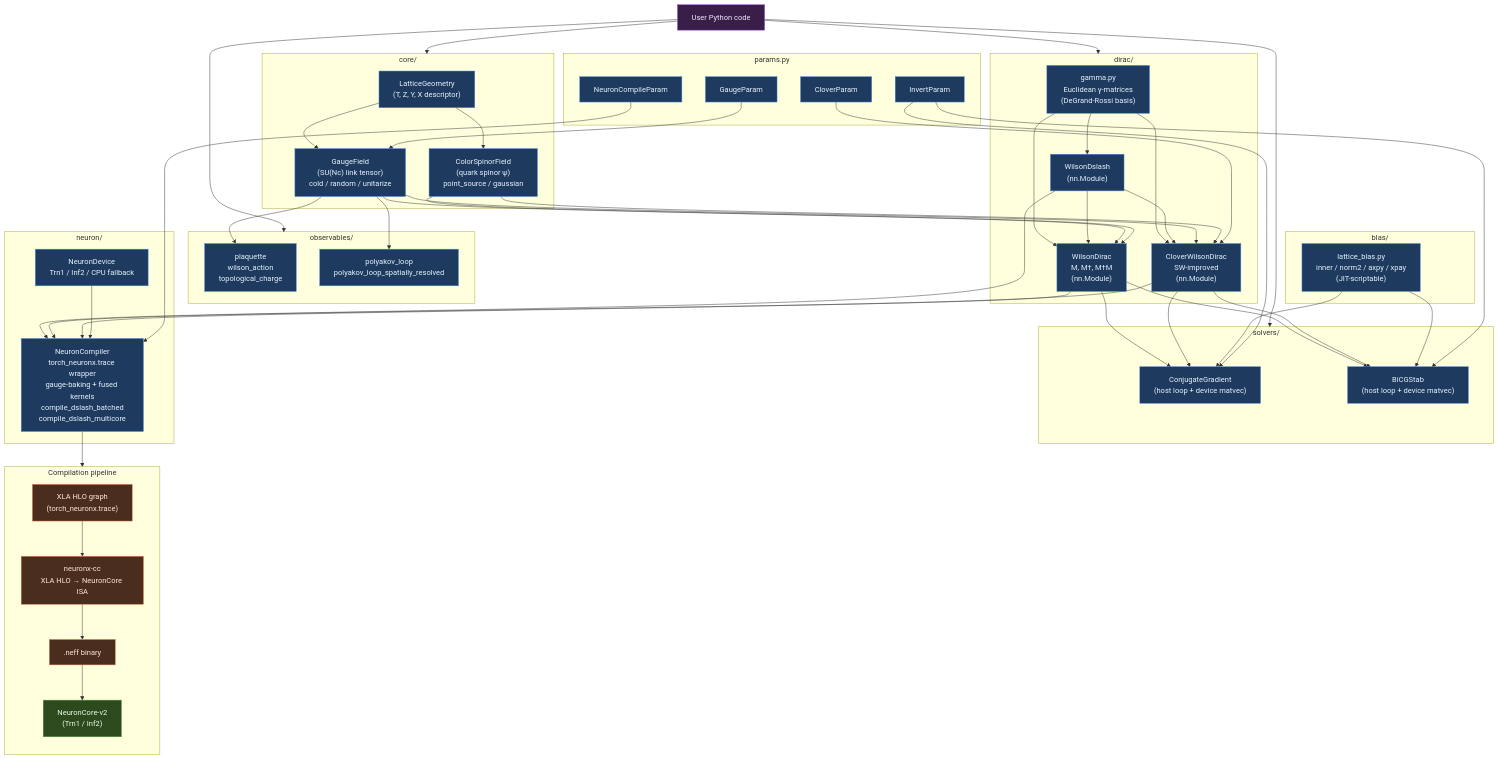
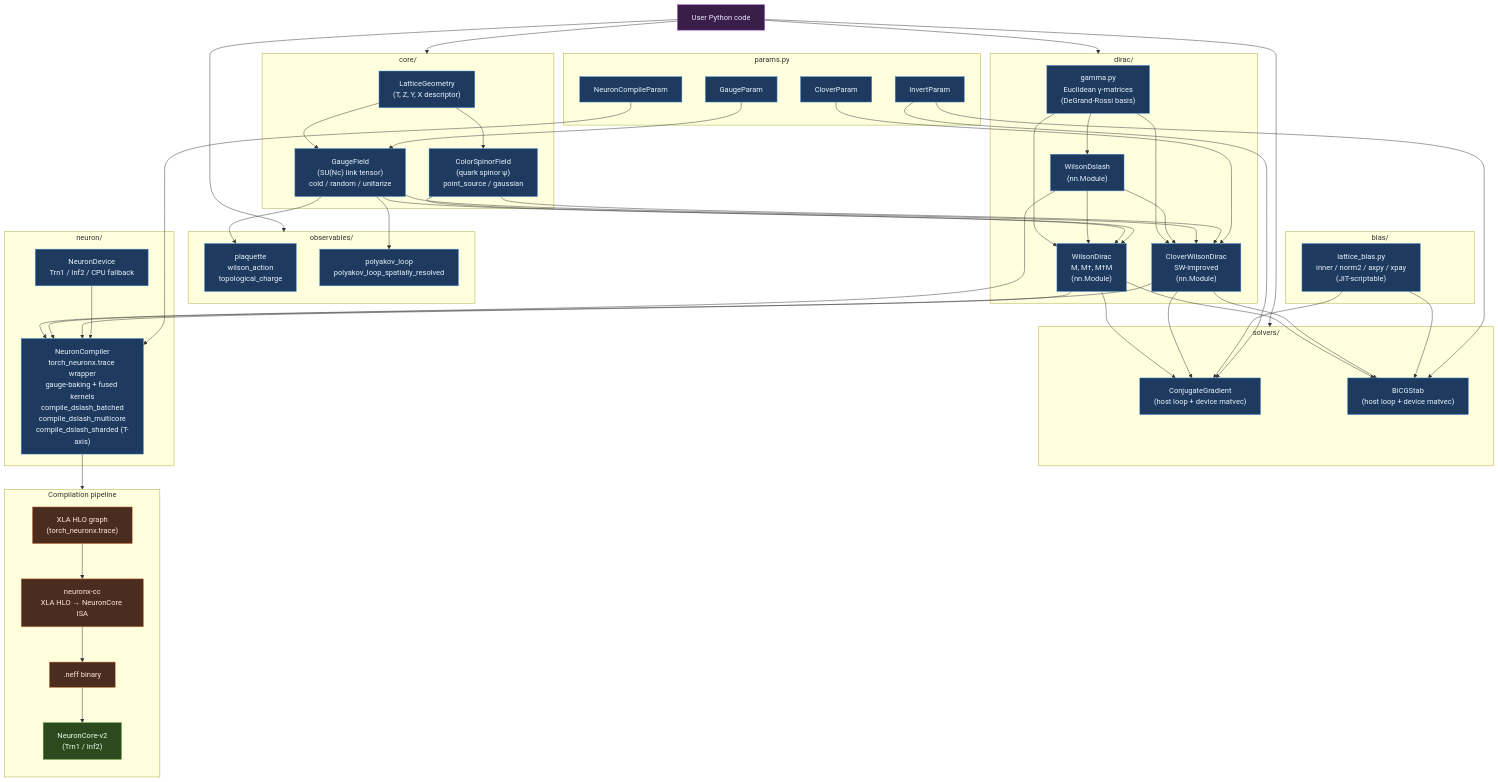
Before and after one commit to JGalego/lqcd-neuron: the diagram in docs/architecture.mmd, drawn with Mermaid. The commit also changed 5 other files, not shown here.

```diff
--- a/docs/architecture.mmd
+++ b/docs/architecture.mmd
@@ -1,119 +1,119 @@
 graph TD
     %% ── User entry-points ──────────────────────────────────────────────────
     USER["User Python code"]
 
     %% ── params ─────────────────────────────────────────────────────────────
     subgraph PARAMS["params.py"]
         GP["GaugeParam"]
         IP["InvertParam"]
         CP["CloverParam"]
         NCP["NeuronCompileParam"]
     end
 
     %% ── core ───────────────────────────────────────────────────────────────
     subgraph CORE["core/"]
         LG["LatticeGeometry\n(T, Z, Y, X descriptor)"]
         GF["GaugeField\n(SU(Nc) link tensor)\ncold / random / unitarize"]
         CSF["ColorSpinorField\n(quark spinor ψ)\npoint_source / gaussian"]
     end
 
     %% ── dirac ──────────────────────────────────────────────────────────────
     subgraph DIRAC["dirac/"]
         GM["gamma.py\nEuclidean γ-matrices\n(DeGrand-Rossi basis)"]
         WD["WilsonDslash\n(nn.Module)"]
         WDirac["WilsonDirac\nM, M†, M†M\n(nn.Module)"]
         CWD["CloverWilsonDirac\nSW-improved\n(nn.Module)"]
     end
 
     %% ── blas ───────────────────────────────────────────────────────────────
     subgraph BLAS["blas/"]
         LB["lattice_blas.py\ninner / norm2 / axpy / xpay\n(JIT-scriptable)"]
     end
 
     %% ── solvers ─────────────────────────────────────────────────────────────
     subgraph SOLVERS["solvers/"]
         CG["ConjugateGradient\n(host loop + device matvec)"]
         BICG["BiCGStab\n(host loop + device matvec)"]
     end
 
     %% ── observables ─────────────────────────────────────────────────────────
     subgraph OBS["observables/"]
         PL["plaquette\nwilson_action\ntopological_charge"]
         POL["polyakov_loop\npolyakov_loop_spatially_resolved"]
     end
 
     %% ── neuron ───────────────────────────────────────────────────────────────
     subgraph NEURON["neuron/"]
         ND["NeuronDevice\nTrn1 / Inf2 / CPU fallback"]
-        NC["NeuronCompiler\ntorch_neuronx.trace wrapper\ngauge-baking + fused kernels\ncompile_dslash_batched\ncompile_dslash_multicore"]
+        NC["NeuronCompiler\ntorch_neuronx.trace wrapper\ngauge-baking + fused kernels\ncompile_dslash_batched\ncompile_dslash_multicore\ncompile_dslash_sharded (T-axis)"]
     end
 
     %% ── compilation pipeline ─────────────────────────────────────────────────
     subgraph PIPELINE["Compilation pipeline"]
         direction TB
         XLA["XLA HLO graph\n(torch_neuronx.trace)"]
         CC["neuronx-cc\nXLA HLO → NeuronCore ISA"]
         NEFF[".neff binary"]
         HW["NeuronCore-v2\n(Trn1 / Inf2)"]
     end
 
     %% ── edges: user → modules ────────────────────────────────────────────────
     USER --> CORE
     USER --> DIRAC
     USER --> SOLVERS
     USER --> OBS
 
     %% ── core inter-dependencies ──────────────────────────────────────────────
     LG --> GF
     LG --> CSF
 
     %% ── dirac dependencies ───────────────────────────────────────────────────
     GM --> WD
     GM --> WDirac
     GM --> CWD
     WD --> WDirac
     WD --> CWD
     GF --> WDirac
     GF --> CWD
     CSF --> WDirac
     CSF --> CWD
 
     %% ── solver dependencies ──────────────────────────────────────────────────
     WDirac --> CG
     CWD    --> CG
     WDirac --> BICG
     CWD    --> BICG
     LB     --> CG
     LB     --> BICG
 
     %% ── observable dependencies ──────────────────────────────────────────────
     GF --> PL
     GF --> POL
 
     %% ── neuron compilation flow ──────────────────────────────────────────────
     WD     --> NC
     WDirac --> NC
     CWD    --> NC
     NC     --> XLA
     XLA    --> CC
     CC     --> NEFF
     NEFF   --> HW
     ND     --> NC
 
     %% ── params wiring ────────────────────────────────────────────────────────
     GP  --> GF
     IP  --> CG
     IP  --> BICG
     CP  --> CWD
     NCP --> NC
 
     %% ── styles ───────────────────────────────────────────────────────────────
     classDef module  fill:#1e3a5f,stroke:#4a90d9,color:#e8f4fd
     classDef hw      fill:#2d4a1e,stroke:#5a9945,color:#e8fde8
     classDef compile fill:#4a2d1e,stroke:#d97845,color:#fde8d8
     classDef user    fill:#3a1e4a,stroke:#9945d9,color:#f0e8fd
 
     class LG,GF,CSF,GM,WD,WDirac,CWD,LB,CG,BICG,PL,POL,ND,NC,GP,IP,CP,NCP module
     class HW hw
     class XLA,CC,NEFF compile
     class USER user
```
